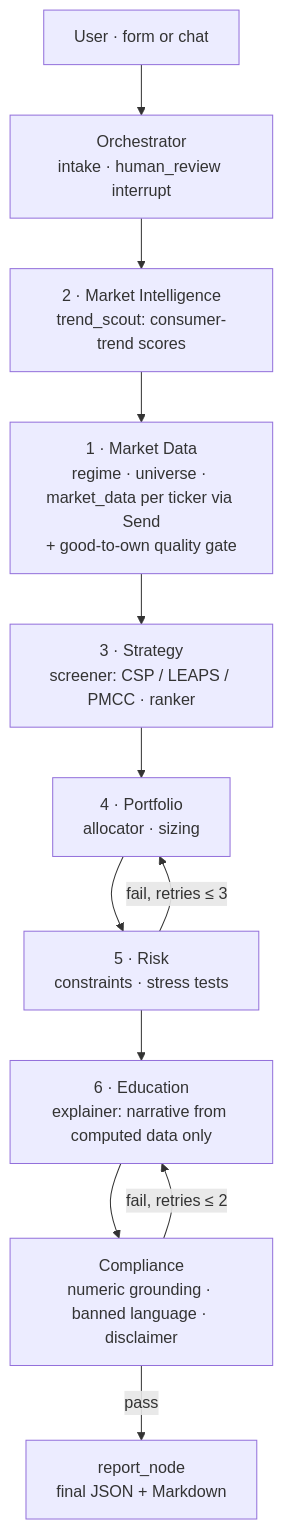
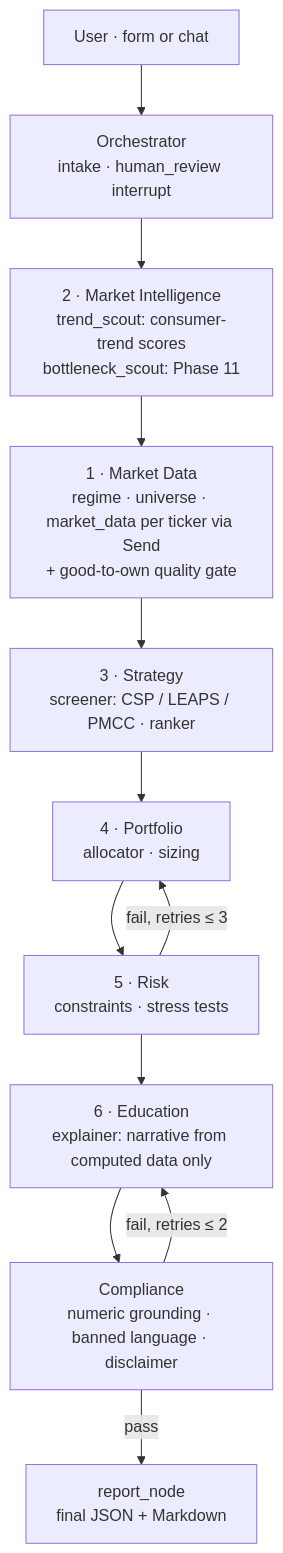
The diagram in README.md (SachiK0thari/options-scout-ai), drawn with Mermaid before and after one commit. The commit also changed other lines of this file and 39 other files, not shown here.

Commit message:
split the Streamlit app into eight tabs with Plotly charts and a Scout chat

````diff
--- a/README.md
+++ b/README.md
@@ -52,14 +73,14 @@
 ```mermaid
 flowchart TD
     U[User · form or chat] --> O[Orchestrator<br/>intake · human_review interrupt]
-    O --> MI[2 · Market Intelligence<br/>trend_scout: consumer-trend scores]
+    O --> MI[2 · Market Intelligence<br/>trend_scout: consumer-trend scores<br/>bottleneck_scout: Phase 11]
     MI --> MD[1 · Market Data<br/>regime · universe · market_data per ticker via Send<br/>+ good-to-own quality gate]
     MD --> ST[3 · Strategy<br/>screener: CSP / LEAPS / PMCC · ranker]
     ST --> PF[4 · Portfolio<br/>allocator · sizing]
     PF --> RK[5 · Risk<br/>constraints · stress tests]
     RK -->|fail, retries ≤ 3| PF
     RK --> ED[6 · Education<br/>explainer: narrative from computed data only]
     ED --> CP[Compliance<br/>numeric grounding · banned language · disclaimer]
     CP -->|fail, retries ≤ 2| ED
     CP -->|pass| R[report_node<br/>final JSON + Markdown]
 ```
````
